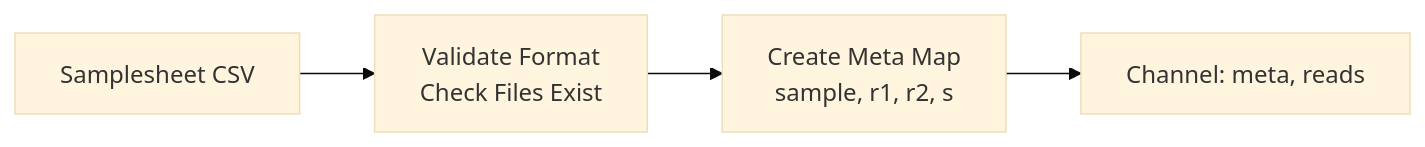
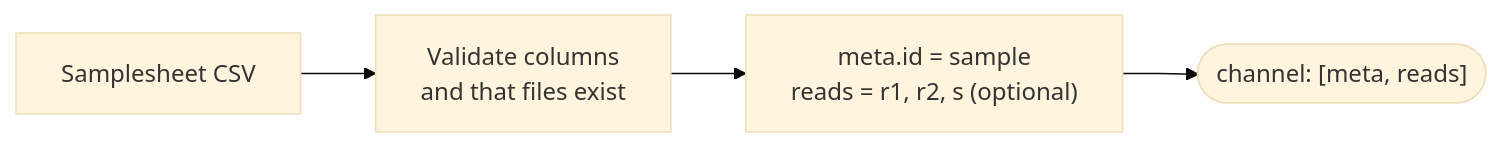
The second of 13 diagrams in docs/WORKFLOW_DIAGRAM.md (gene2dis/BugBuster), drawn with Mermaid (base theme) before and after one commit. The commit also changed other lines of this file and 2 other files, not shown here.

First line of the commit message:
docs(diagrams): bring WORKFLOW_DIAGRAM.md in step with main.nf (roadmap D1)

````diff
--- a/docs/WORKFLOW_DIAGRAM.md
+++ b/docs/WORKFLOW_DIAGRAM.md
@@ -99,6 +128,6 @@
 ```mermaid
 flowchart LR
-    CSV[Samplesheet CSV] --> Validate[Validate Format<br/>Check Files Exist]
-    Validate --> Meta[Create Meta Map<br/>sample, r1, r2, s]
-    Meta --> Reads[Channel: meta, reads]
+    CSV[Samplesheet CSV] --> Validate[Validate columns<br/>and that files exist]
+    Validate --> Meta["meta.id = sample<br/>reads = r1, r2, s (optional)"]
+    Meta --> Reads(["channel: [meta, reads]"])
 ```
````
